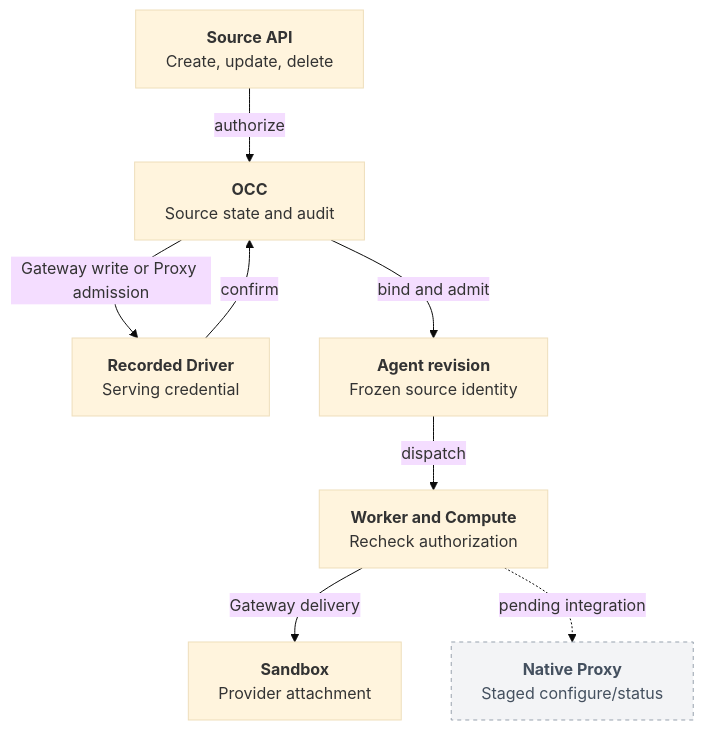
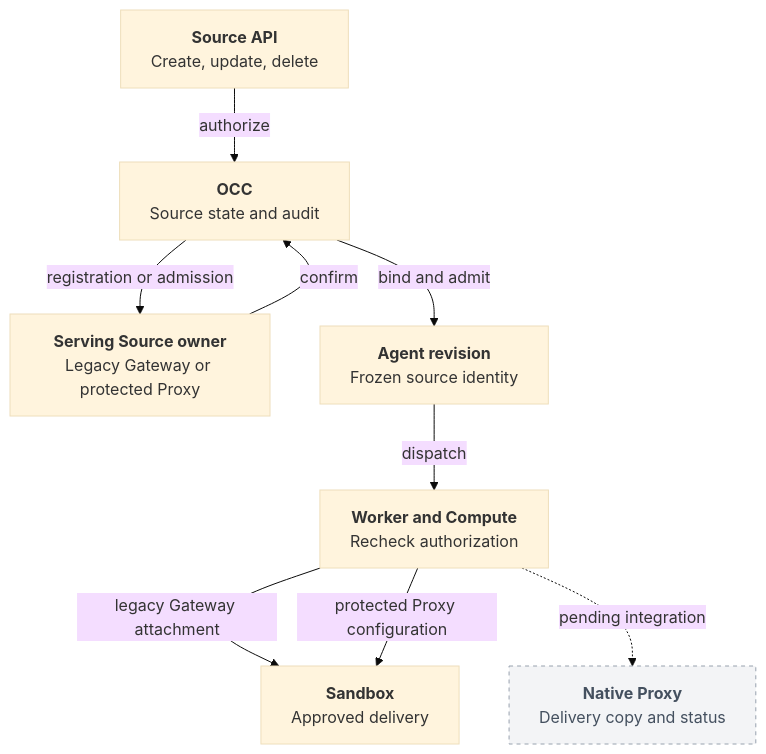
One commit to openclaw/openclaw-enterprise changed the diagram in docs/flows/credential-source-lifecycle.md. Above: the diagram before and after it, drawn with Mermaid (base theme). The commit also changed other lines of this file, not shown here.

Commit message:
Distinguish legacy Source ownership from native delivery

````diff
--- a/docs/flows/credential-source-lifecycle.md
+++ b/docs/flows/credential-source-lifecycle.md
@@ -23,12 +23,13 @@
 ```mermaid
 graph TD
   API["<b>Source API</b><br/>Create, update, delete"] -->|authorize| OCC["<b>OCC</b><br/>Source state and audit"]
-  OCC -->|Gateway write or Proxy admission| Owner["<b>Recorded Driver</b><br/>Serving credential"]
+  OCC -->|registration or admission| Owner["<b>Serving Source owner</b><br/>Legacy Gateway or protected Proxy"]
   Owner -->|confirm| OCC
   OCC -->|bind and admit| Revision["<b>Agent revision</b><br/>Frozen source identity"]
   Revision -->|dispatch| Worker["<b>Worker and Compute</b><br/>Recheck authorization"]
-  Worker -->|Gateway delivery| Sandbox["<b>Sandbox</b><br/>Provider attachment"]
-  Worker -. pending integration .-> Staged["<b>Native Proxy</b><br/>Staged configure/status"]
+  Worker -->|legacy Gateway attachment| Sandbox["<b>Sandbox</b><br/>Approved delivery"]
+  Worker -->|protected Proxy configuration| Sandbox
+  Worker -. pending integration .-> Staged["<b>Native Proxy</b><br/>Delivery copy and status"]
   classDef pending fill:#F3F4F6,stroke:#98A2AE,color:#44505F,stroke-dasharray:4 4
   class Staged pending
 ```
````
